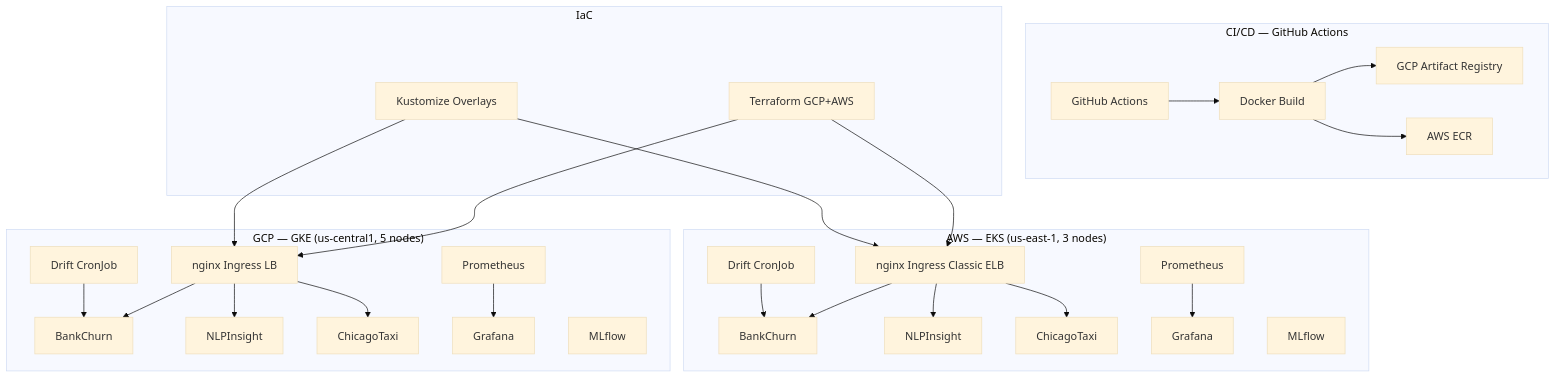
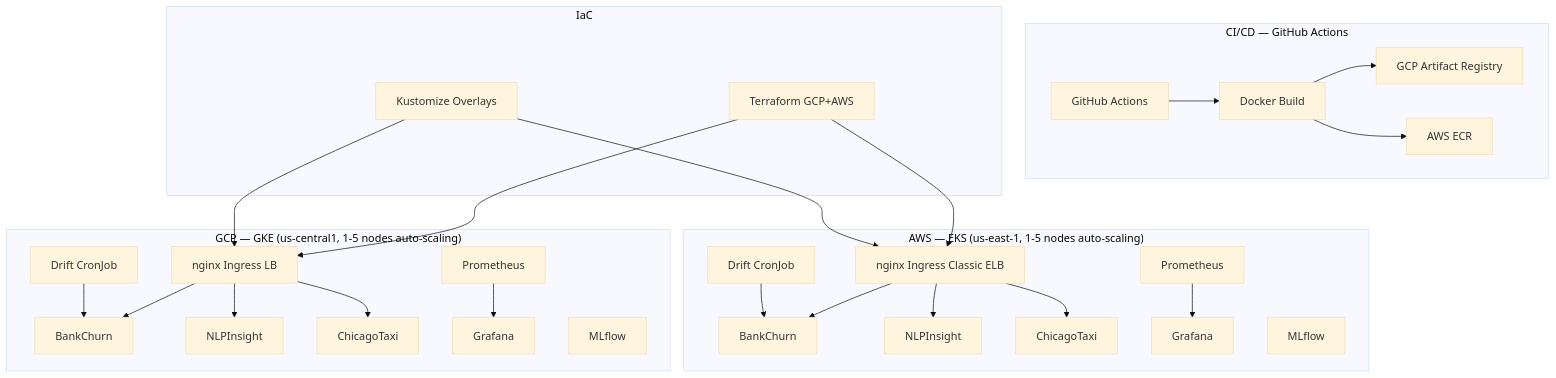
One commit to DuqueOM/ML-MLOps-Portfolio changed the diagram in docs/ARCHITECTURE_PORTFOLIO.md. Above: the diagram before and after it, drawn with Mermaid (base theme). The commit also changed 2 other files, not shown here.

Commit message:
docs: use baseline auto-scaling ranges (1-5 nodes) instead of transient runtime counts

````diff
--- a/docs/ARCHITECTURE_PORTFOLIO.md
+++ b/docs/ARCHITECTURE_PORTFOLIO.md
@@ -11,27 +11,27 @@
 ```mermaid
 graph TB
     subgraph "CI/CD — GitHub Actions"
         GH[GitHub Actions] --> BUILD[Docker Build]
         BUILD --> AR[GCP Artifact Registry]
         BUILD --> ECR[AWS ECR]
     end
 
-    subgraph "GCP — GKE (us-central1, 5 nodes)"
+    subgraph "GCP — GKE (us-central1, 1-5 nodes auto-scaling)"
         GCE[nginx Ingress LB] --> BC1[BankChurn] & NL1[NLPInsight] & CT1[ChicagoTaxi]
         P1[Prometheus] --> G1[Grafana]
         D1[Drift CronJob] --> BC1
         M1[MLflow]
     end
 
-    subgraph "AWS — EKS (us-east-1, 3 nodes)"
+    subgraph "AWS — EKS (us-east-1, 1-5 nodes auto-scaling)"
         AWS[nginx Ingress Classic ELB] --> BC2[BankChurn] & NL2[NLPInsight] & CT2[ChicagoTaxi]
         P2[Prometheus] --> G2[Grafana]
         D2[Drift CronJob] --> BC2
         M2[MLflow]
     end
 
     subgraph "IaC"
         TF[Terraform GCP+AWS] --> GCE & AWS
         KS[Kustomize Overlays] --> GCE & AWS
     end
 ```
````
